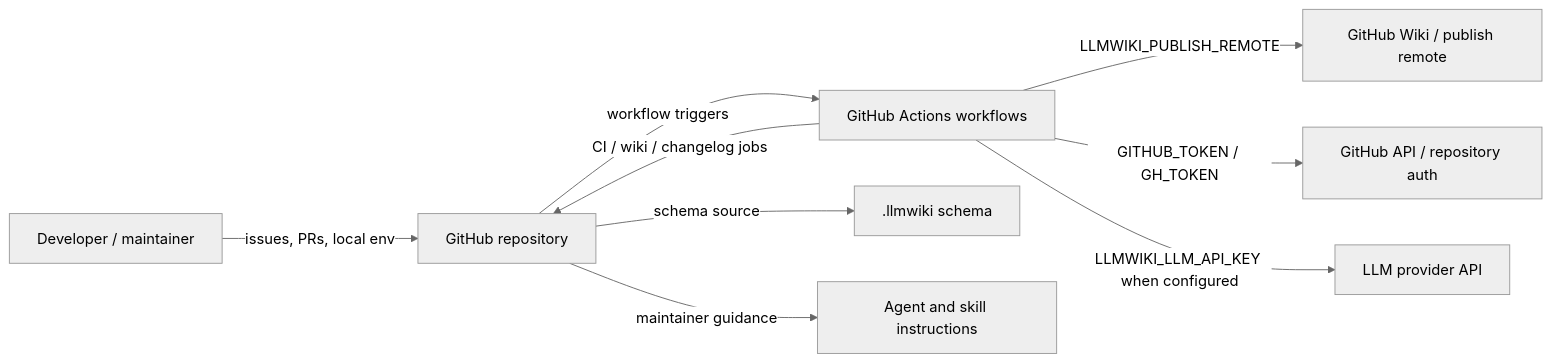
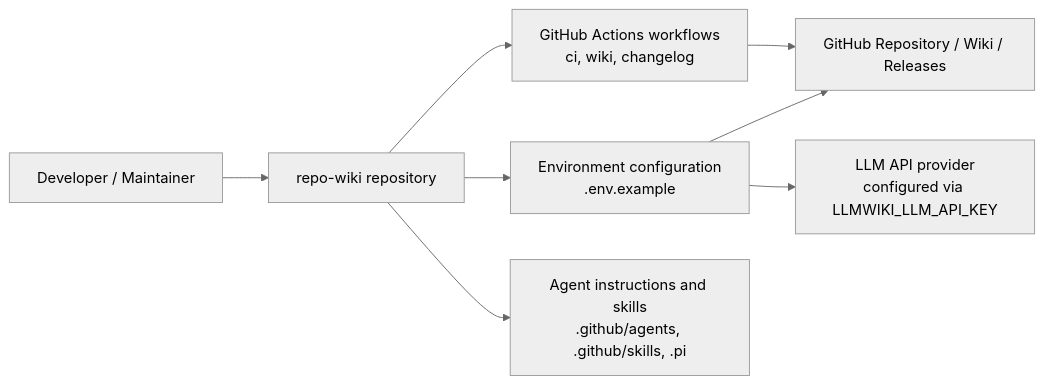
The first of 4 diagrams in Architecture.md (mfittko/repo-wiki), drawn with Mermaid (neutral theme) before and after one commit. The commit also changed other lines of this file and 45 other files, not shown here.

Commit message:
Compile repository wiki 2026-06-12T14:50:50.423Z

````diff
--- a/Architecture.md
+++ b/Architecture.md
@@ -58,20 +57,18 @@
 ```mermaid
 flowchart LR
-  Developer["Developer / maintainer"]
-  GitHubRepo["GitHub repository"]
-  GitHubActions["GitHub Actions workflows"]
-  WikiRemote["GitHub Wiki / publish remote"]
-  GitHubAPI["GitHub API / repository auth"]
-  LLMProvider["LLM provider API"]
-  WikiSchema[".llmwiki schema"]
-  AgentDocs["Agent and skill instructions"]
+    Dev["Developer / Maintainer"]
+    Repo["repo-wiki repository"]
+    Env["Environment configuration<br/>.env.example"]
+    Actions["GitHub Actions workflows<br/>ci, wiki, changelog"]
+    GitHub["GitHub Repository / Wiki / Releases"]
+    LLM["LLM API provider<br/>configured via LLMWIKI_LLM_API_KEY"]
+    Agents["Agent instructions and skills<br/>.github/agents, .github/skills, .pi"]
 
-  Developer -->|"issues, PRs, local env"| GitHubRepo
-  GitHubRepo -->|"workflow triggers"| GitHubActions
-  GitHubActions -->|"CI / wiki / changelog jobs"| GitHubRepo
-  GitHubActions -->|"LLMWIKI_PUBLISH_REMOTE"| WikiRemote
-  GitHubActions -->|"GITHUB_TOKEN / GH_TOKEN"| GitHubAPI
-  GitHubActions -->|"LLMWIKI_LLM_API_KEY when configured"| LLMProvider
-  GitHubRepo -->|"schema source"| WikiSchema
-  GitHubRepo -->|"maintainer guidance"| AgentDocs
+    Dev --> Repo
+    Repo --> Env
+    Repo --> Actions
+    Repo --> Agents
+    Env --> GitHub
+    Env --> LLM
+    Actions --> GitHub
 ```
````
